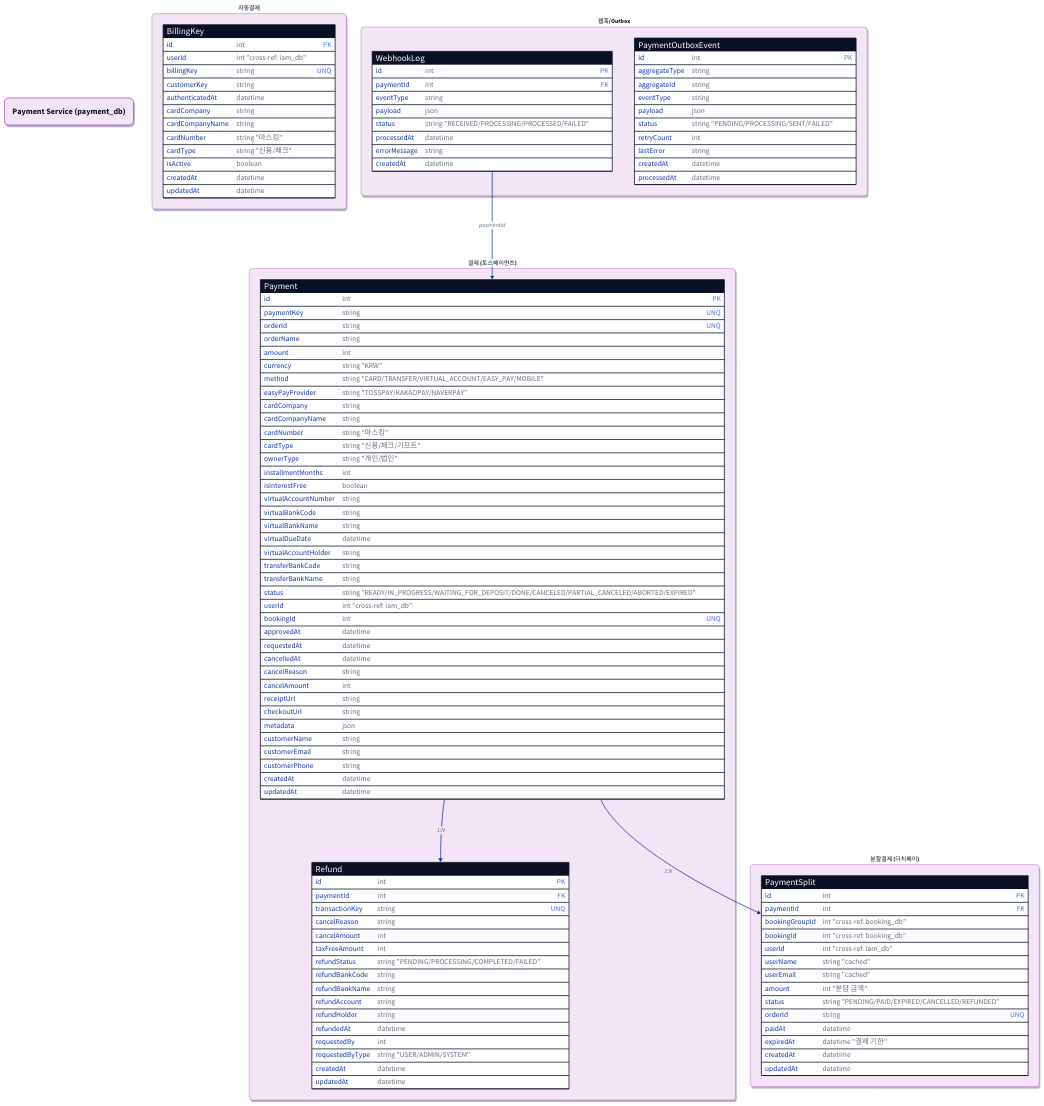
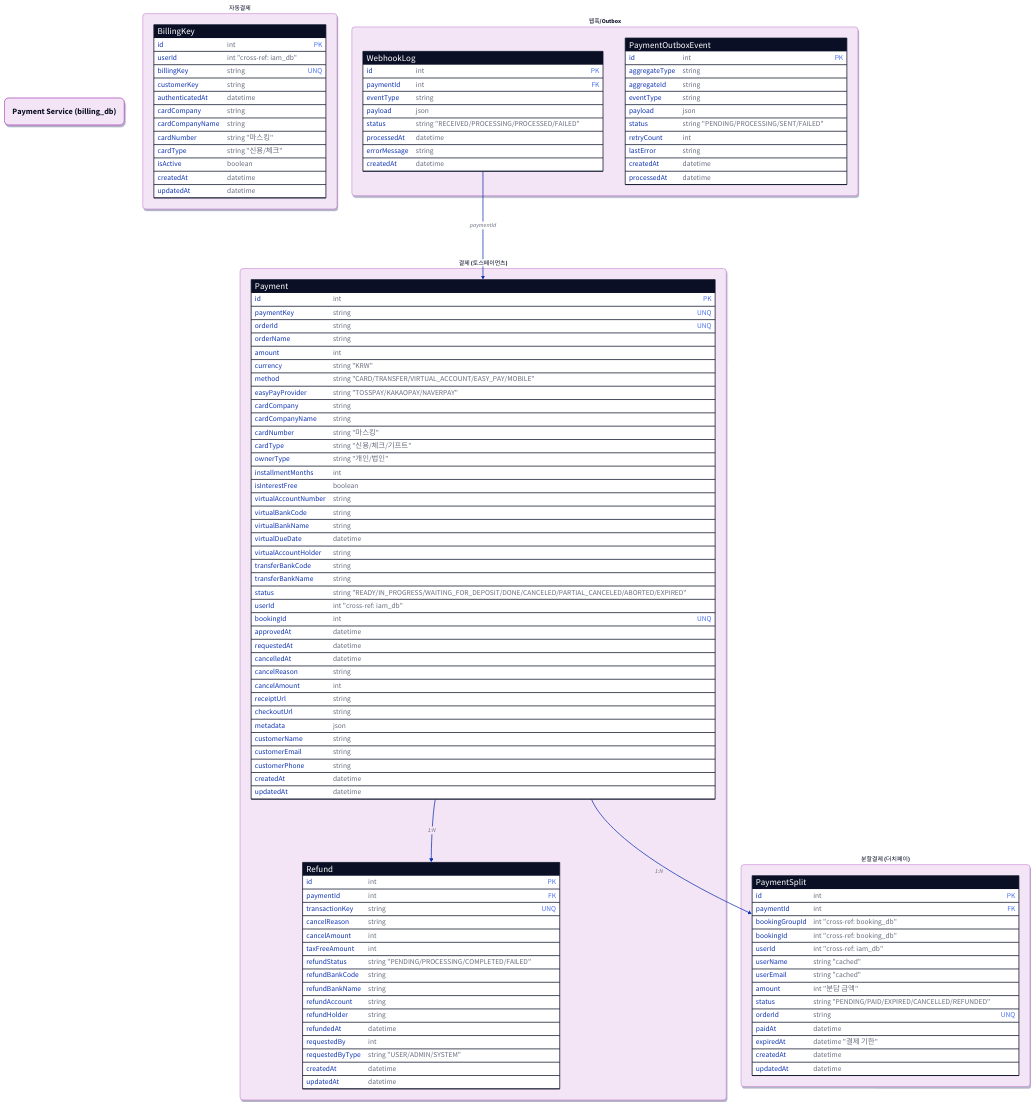
One commit to uniyous/parkgolf-platform changed the fifth of 9 diagrams in docs/architecture/database.md. Above: the diagram before and after it, drawn with D2. The commit also changed other lines of this file and 37 other files, not shown here.

First line of the commit message:
refactor(infra): NATS subject·DB명 리네임 — agent.*→concierge.* · payment.*→billing.* (UNI-91)

```diff
--- a/docs/architecture/database.md
+++ b/docs/architecture/database.md
@@ -1167,7 +1167,7 @@
   }
 }
 
-header: "Payment Service (payment_db)" {
+header: "Payment Service (billing_db)" {
   class: db-title
   style.fill: "#F3E5F5"
   style.stroke: "#AB47BC"
```
